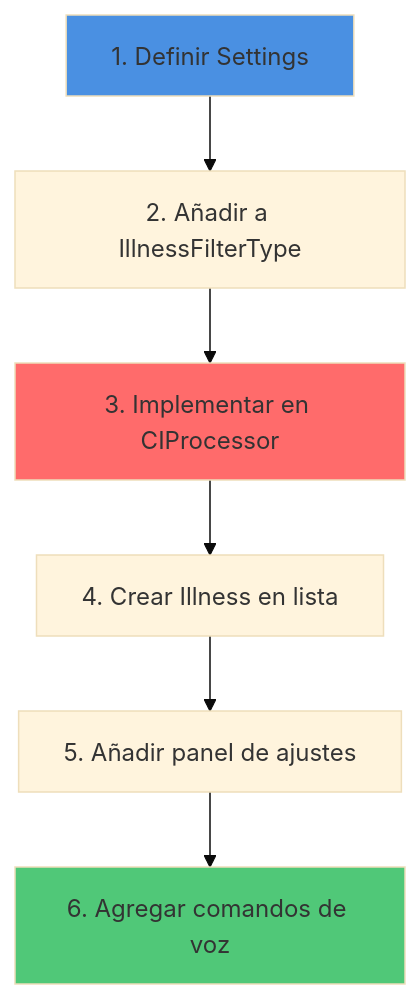
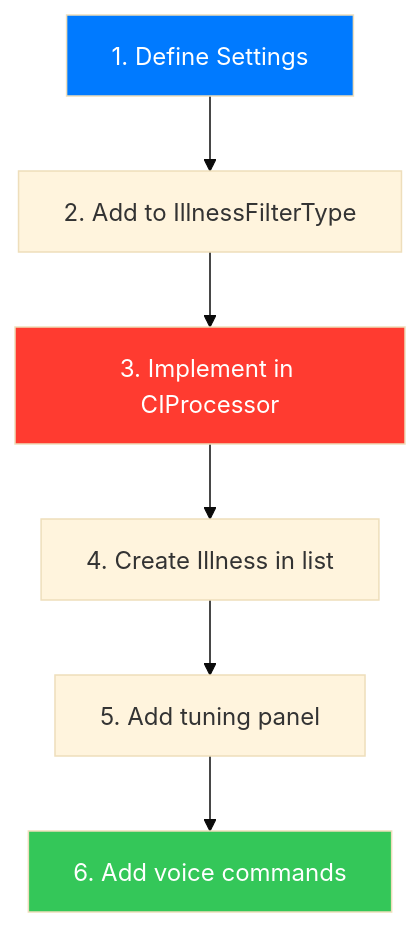
Before and after one commit to robertteleng/vision-experience-ios: the sixth of 7 diagrams in README.md, drawn with Mermaid (base theme). The commit also changed other lines of this file and 16 other files, not shown here.

````diff
--- a/README.md
+++ b/README.md
@@ -572,12 +575,12 @@
 ```mermaid
 flowchart TD
-    A[1. Definir Settings] --> B[2. Añadir a IllnessFilterType]
-    B --> C[3. Implementar en CIProcessor]
-    C --> D[4. Crear Illness en lista]
-    D --> E[5. Añadir panel de ajustes]
-    E --> F[6. Agregar comandos de voz]
-    
-    style A fill:#4A90E2
-    style C fill:#FF6B6B
-    style F fill:#50C878
+    A[1. Define Settings] --> B[2. Add to IllnessFilterType]
+    B --> C[3. Implement in CIProcessor]
+    C --> D[4. Create Illness in list]
+    D --> E[5. Add tuning panel]
+    E --> F[6. Add voice commands]
+
+    style A fill:#007AFF,color:white
+    style C fill:#FF3B30,color:white
+    style F fill:#34C759,color:white
 ```
````
